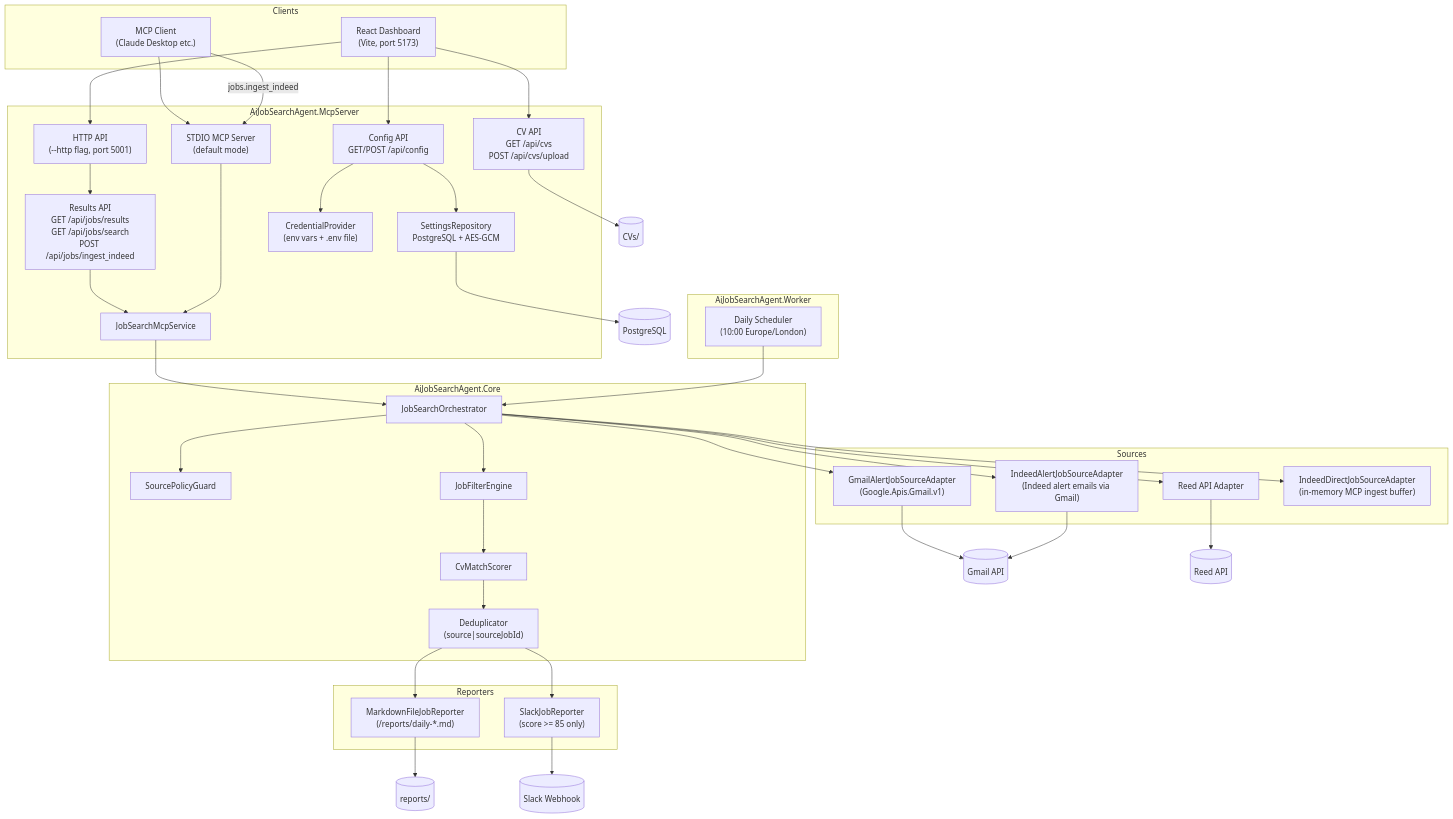
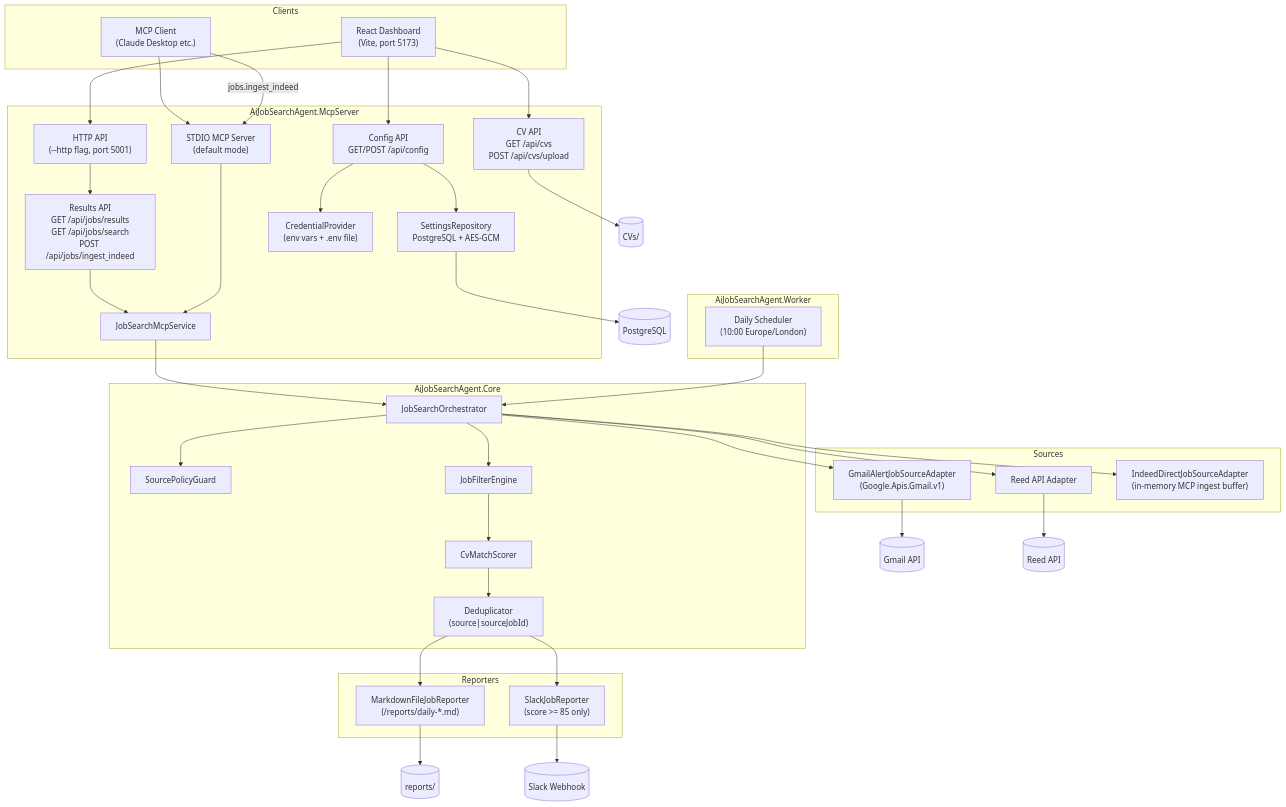
Before and after one commit to ekanatha-urivakili/AiJobSearchAgent: the first of 4 diagrams in README.md, drawn with Mermaid. The commit also changed other lines of this file and 14 other files, not shown here.

````diff
--- a/README.md
+++ b/README.md
@@ -127,74 +125,71 @@
 ```mermaid
 flowchart TD
     subgraph Clients
         WebUI["React Dashboard\n(Vite, port 5173)"]
         McpClient["MCP Client\n(Claude Desktop etc.)"]
     end
 
     subgraph McpServer["AiJobSearchAgent.McpServer"]
         HttpApi["HTTP API\n(--http flag, port 5001)"]
         StdioMcp["STDIO MCP Server\n(default mode)"]
         McpService["JobSearchMcpService"]
         ResultApi["Results API\nGET /api/jobs/results\nGET /api/jobs/search\nPOST /api/jobs/ingest_indeed"]
         ConfigApi["Config API\nGET/POST /api/config"]
         CvsApi["CV API\nGET /api/cvs\nPOST /api/cvs/upload"]
         SettingsRepo["SettingsRepository\nPostgreSQL + AES-GCM"]
         CredProvider["CredentialProvider\n(env vars + .env file)"]
     end
 
     subgraph Core["AiJobSearchAgent.Core"]
         Orchestrator["JobSearchOrchestrator"]
         PolicyGuard["SourcePolicyGuard"]
         FilterEngine["JobFilterEngine"]
         Scorer["CvMatchScorer"]
         Dedup["Deduplicator\n(source|sourceJobId)"]
     end
 
     subgraph Sources
         ReedAdapter["Reed API Adapter"]
         GmailAdapter["GmailAlertJobSourceAdapter\n(Google.Apis.Gmail.v1)"]
-        IndeedAdapter["IndeedAlertJobSourceAdapter\n(Indeed alert emails via Gmail)"]
         IndeedDirect["IndeedDirectJobSourceAdapter\n(in-memory MCP ingest buffer)"]
     end
 
     subgraph Reporters
         MdReporter["MarkdownFileJobReporter\n(/reports/daily-*.md)"]
         SlackReporter["SlackJobReporter\n(score >= 85 only)"]
     end
 
     subgraph Worker["AiJobSearchAgent.Worker"]
         Scheduler["Daily Scheduler\n(10:00 Europe/London)"]
     end
 
     WebUI --> HttpApi
     McpClient --> StdioMcp
     WebUI --> ConfigApi
     WebUI --> CvsApi
     HttpApi --> ResultApi
     ResultApi --> McpService
     StdioMcp --> McpService
     McpService --> Orchestrator
     Scheduler --> Orchestrator
     ConfigApi --> CredProvider
     ConfigApi --> SettingsRepo
     CvsApi --> CvFolder[("CVs/")]
 
     Orchestrator --> PolicyGuard
     Orchestrator --> ReedAdapter
     Orchestrator --> GmailAdapter
-    Orchestrator --> IndeedAdapter
     Orchestrator --> IndeedDirect
     Orchestrator --> FilterEngine
     FilterEngine --> Scorer
     Scorer --> Dedup
     Dedup --> MdReporter
     Dedup --> SlackReporter
 
     GmailAdapter --> Gmail[("Gmail API")]
-    IndeedAdapter --> Gmail
     McpClient -- "jobs.ingest_indeed" --> StdioMcp
     ReedAdapter --> ReedAPI[("Reed API")]
     SlackReporter --> Slack[("Slack Webhook")]
     MdReporter --> Reports[("reports/")]
     SettingsRepo --> Postgres[("PostgreSQL")]
 ```
````
